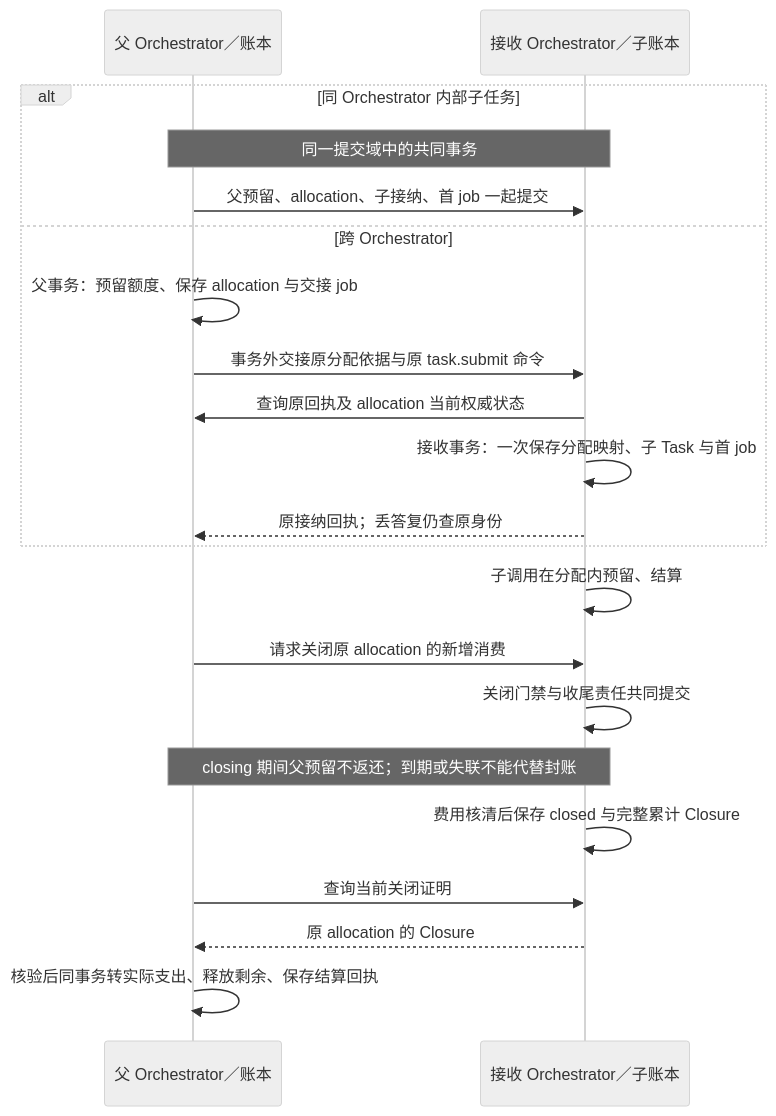
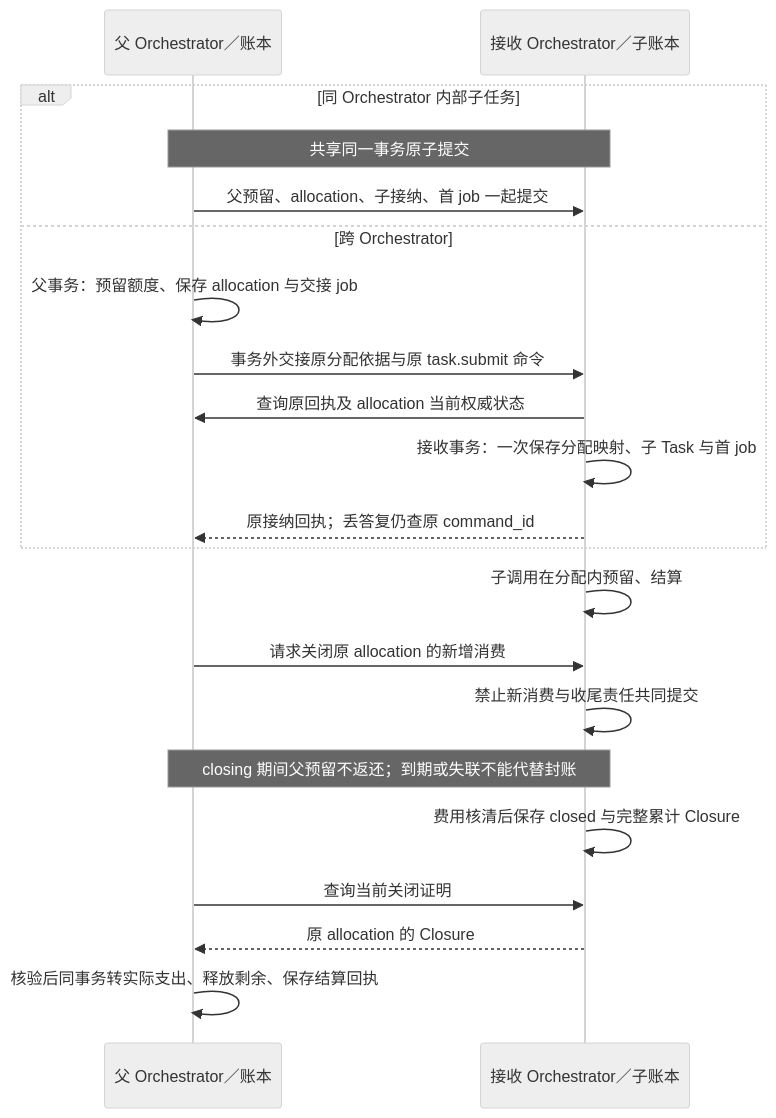
Before and after one commit to ruipengliu/lerna: the sixth of 7 diagrams in docs/architecture/orchestrator/README.md, drawn with Mermaid (neutral theme). The commit also changed other lines of this file and 205 other files, not shown here.

Commit message:
docs: unify architecture terminology

````diff
--- a/docs/architecture/orchestrator/README.md
+++ b/docs/architecture/orchestrator/README.md
@@ -247,23 +247,23 @@
 ```mermaid
 sequenceDiagram
     participant P as 父 Orchestrator／账本
     participant C as 接收 Orchestrator／子账本
     alt 同 Orchestrator 内部子任务
-      Note over P,C: 同一提交域中的共同事务
+      Note over P,C: 共享同一事务原子提交
       P->>C: 父预留、allocation、子接纳、首 job 一起提交
     else 跨 Orchestrator
       P->>P: 父事务：预留额度、保存 allocation 与交接 job
       P->>C: 事务外交接原分配依据与原 task.submit 命令
       C->>P: 查询原回执及 allocation 当前权威状态
       C->>C: 接收事务：一次保存分配映射、子 Task 与首 job
-      C-->>P: 原接纳回执；丢答复仍查原身份
+      C-->>P: 原接纳回执；丢答复仍查原 command_id
     end
     C->>C: 子调用在分配内预留、结算
     P->>C: 请求关闭原 allocation 的新增消费
-    C->>C: 关闭门禁与收尾责任共同提交
+    C->>C: 禁止新消费与收尾责任共同提交
     Note over P,C: closing 期间父预留不返还；到期或失联不能代替封账
     C->>C: 费用核清后保存 closed 与完整累计 Closure
     P->>C: 查询当前关闭证明
     C-->>P: 原 allocation 的 Closure
     P->>P: 核验后同事务转实际支出、释放剩余、保存结算回执
 ```
````
